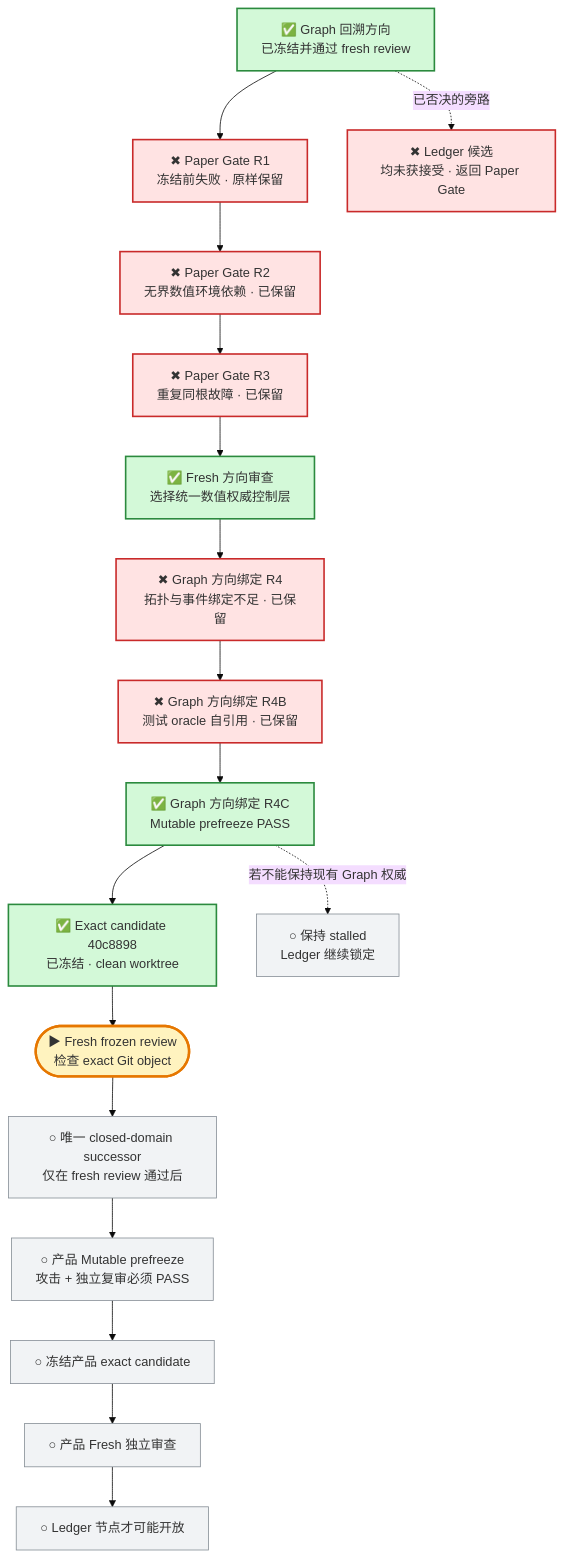
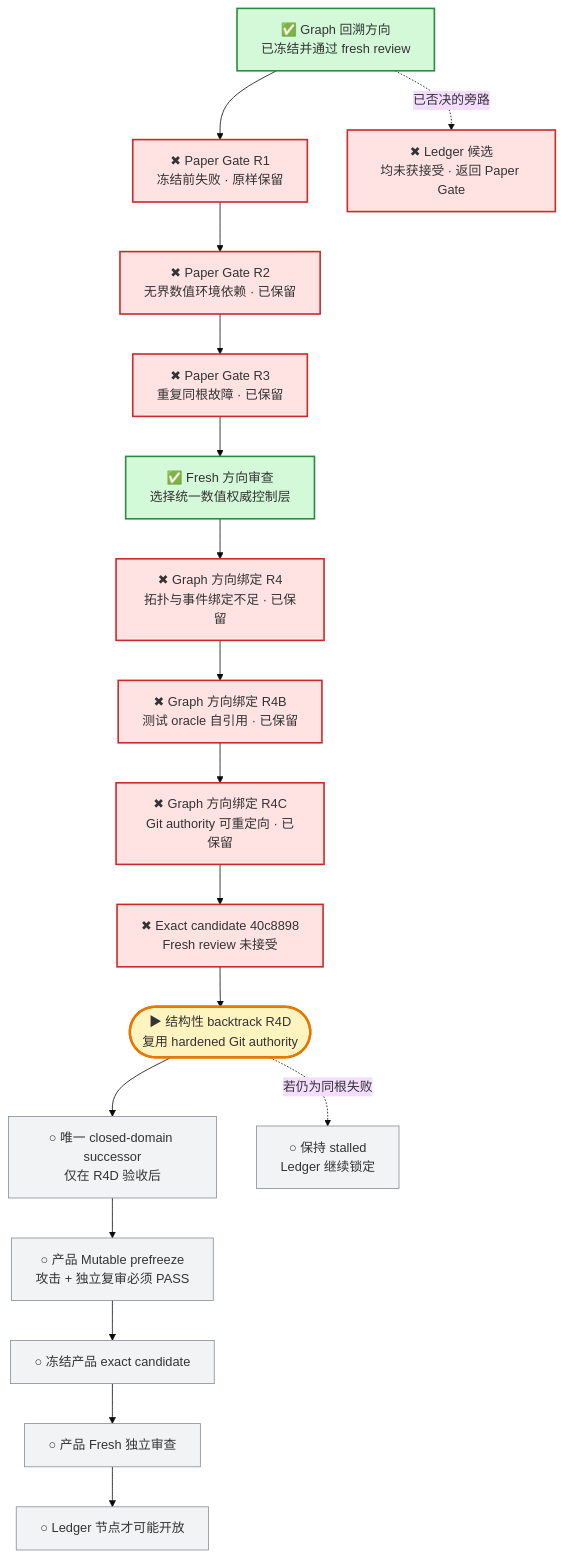
Before and after one commit to j-a-v-e-n/knowledge-vault: the first of 2 diagrams in MyBrain/automation/reports/investment-discipline-system/CURRENT_PROGRESS.md, drawn with Mermaid (base theme). The commit also changed other lines of this file, not shown here.

Commit message:
vault backup: 2026-07-30 06:53:44

````diff
--- a/MyBrain/automation/reports/investment-discipline-system/CURRENT_PROGRESS.md
+++ b/MyBrain/automation/reports/investment-discipline-system/CURRENT_PROGRESS.md
@@ -7,29 +7,29 @@
 ```mermaid
 flowchart TB
     G["✅ Graph 回溯方向<br/>已冻结并通过 fresh review"] --> R1["✖ Paper Gate R1<br/>冻结前失败 · 原样保留"]
     R1 --> R2["✖ Paper Gate R2<br/>无界数值环境依赖 · 已保留"]
     R2 --> R3["✖ Paper Gate R3<br/>重复同根故障 · 已保留"]
     R3 --> D["✅ Fresh 方向审查<br/>选择统一数值权威控制层"]
     D --> Q["✖ Graph 方向绑定 R4<br/>拓扑与事件绑定不足 · 已保留"]
     Q --> B["✖ Graph 方向绑定 R4B<br/>测试 oracle 自引用 · 已保留"]
-    B --> C["✅ Graph 方向绑定 R4C<br/>Mutable prefreeze PASS"]
-    C --> F["✅ Exact candidate 40c8898<br/>已冻结 · clean worktree"]
-    F --> V(["▶ Fresh frozen review<br/>检查 exact Git object"])
-    V --> S["○ 唯一 closed-domain successor<br/>仅在 fresh review 通过后"]
-    C -. "若不能保持现有 Graph 权威" .-> H["○ 保持 stalled<br/>Ledger 继续锁定"]
+    B --> C["✖ Graph 方向绑定 R4C<br/>Git authority 可重定向 · 已保留"]
+    C --> F["✖ Exact candidate 40c8898<br/>Fresh review 未接受"]
+    F --> V(["▶ 结构性 backtrack R4D<br/>复用 hardened Git authority"])
+    V --> S["○ 唯一 closed-domain successor<br/>仅在 R4D 验收后"]
+    V -. "若仍为同根失败" .-> H["○ 保持 stalled<br/>Ledger 继续锁定"]
     S --> P["○ 产品 Mutable prefreeze<br/>攻击 + 独立复审必须 PASS"]
     P --> K["○ 冻结产品 exact candidate"]
     K --> W["○ 产品 Fresh 独立审查"]
     W --> L["○ Ledger 节点才可能开放"]
 
     G -. "已否决的旁路" .-> X["✖ Ledger 候选<br/>均未获接受 · 返回 Paper Gate"]
 
     classDef done fill:#d3f9d8,stroke:#2b8a3e,stroke-width:2px;
     classDef current fill:#fff3bf,stroke:#e67700,stroke-width:3px;
     classDef failed fill:#ffe3e3,stroke:#c92a2a,stroke-width:2px;
     classDef pending fill:#f1f3f5,stroke:#868e96;
-    class G,D,C,F done;
+    class G,D done;
     class V current;
-    class R1,R2,R3,Q,B,X failed;
+    class R1,R2,R3,Q,B,C,F,X failed;
     class S,H,P,K,W,L pending;
 ```
````
